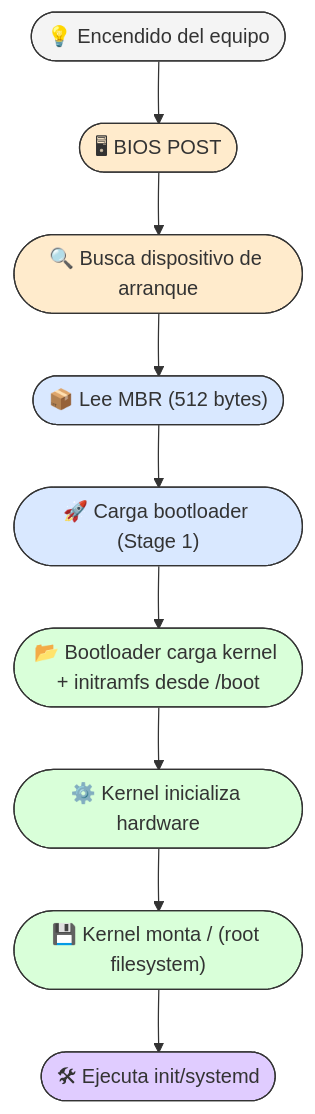
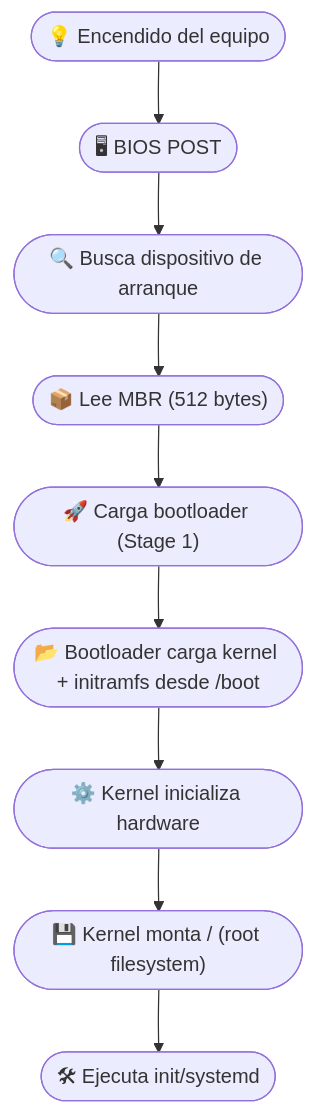
The first of 3 diagrams in Anexos_LFS4Students-ES/Bios_boot-UEFI.md (GualaDRAKE/LFS4Students-ES), drawn with Mermaid before and after one commit.

````diff
--- a/Anexos_LFS4Students-ES/Bios_boot-UEFI.md
+++ b/Anexos_LFS4Students-ES/Bios_boot-UEFI.md
@@ -320,21 +320,11 @@
 ```mermaid
 flowchart TD
     A(["💡 Encendido del equipo"]) --> B(["🖥 BIOS POST"])
     B --> C(["🔍 Busca dispositivo de arranque"])
     C --> D(["📦 Lee MBR (512 bytes)"])
     D --> E(["🚀 Carga bootloader (Stage 1)"])
     E --> F(["📂 Bootloader carga kernel + initramfs desde /boot"])
     F --> G(["⚙️ Kernel inicializa hardware"])
     G --> H(["💾 Kernel monta / (root filesystem)"])
     H --> I(["🛠 Ejecuta init/systemd"])
-
-    style A fill:#f4f4f4,stroke:#333,stroke-width:1px
-    style B fill:#ffebcc,stroke:#333,stroke-width:1px
-    style C fill:#ffebcc,stroke:#333,stroke-width:1px
-    style D fill:#d9e8ff,stroke:#333,stroke-width:1px
-    style E fill:#d9e8ff,stroke:#333,stroke-width:1px
-    style F fill:#d9ffd9,stroke:#333,stroke-width:1px
-    style G fill:#d9ffd9,stroke:#333,stroke-width:1px
-    style H fill:#d9ffd9,stroke:#333,stroke-width:1px
-    style I fill:#e0ccff,stroke:#333,stroke-width:1px
 ```
````
